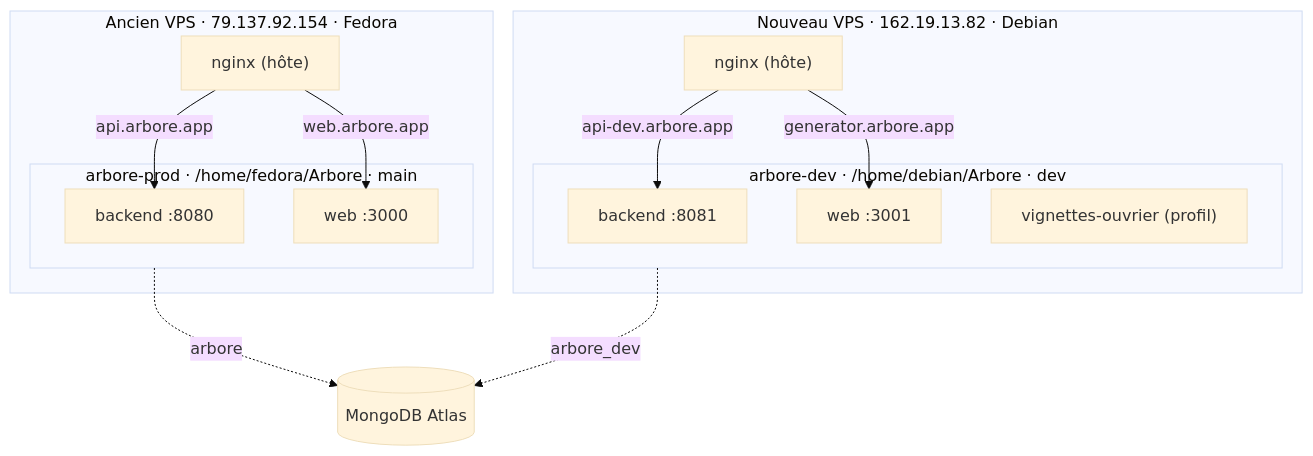
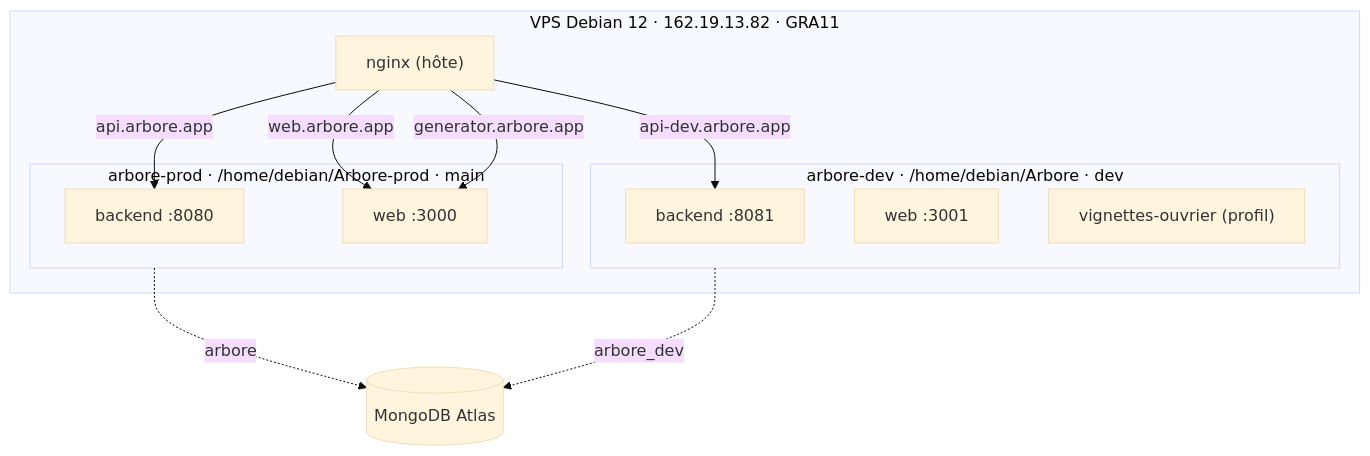
Before and after one commit to ArboreTeam/Arbore: the fourth of 5 diagrams in docs/fr/architecture/05-infrastructure.md, drawn with Mermaid (base theme). The commit also changed other lines of this file and 6 other files, not shown here.

````diff
--- a/docs/fr/architecture/05-infrastructure.md
+++ b/docs/fr/architecture/05-infrastructure.md
@@ -159,24 +160,21 @@
 ```mermaid
 flowchart TB
-    subgraph ancien["Ancien VPS · 79.137.92.154 · Fedora"]
-        subgraph prod["arbore-prod · /home/fedora/Arbore · main"]
+    subgraph vps["VPS Debian 12 · 162.19.13.82 · GRA11"]
+        subgraph prod["arbore-prod · /home/debian/Arbore-prod · main"]
             p1["backend :8080"]
             p2["web :3000"]
         end
-        nginxA["nginx (hôte)"]
-    end
-    subgraph neuf["Nouveau VPS · 162.19.13.82 · Debian"]
         subgraph devenv["arbore-dev · /home/debian/Arbore · dev"]
             d1["backend :8081"]
             d2["web :3001"]
             d3["vignettes-ouvrier (profil)"]
         end
-        nginxB["nginx (hôte)"]
+        nginx["nginx (hôte)"]
     end
-    nginxA -->|api.arbore.app| p1
-    nginxA -->|web.arbore.app| p2
-    nginxB -->|api-dev.arbore.app| d1
-    nginxB -->|generator.arbore.app| d2
+    nginx -->|api.arbore.app| p1
+    nginx -->|web.arbore.app| p2
+    nginx -->|generator.arbore.app| p2
+    nginx -->|api-dev.arbore.app| d1
     prod -.->|arbore| mongo[("MongoDB Atlas")]
     devenv -.->|arbore_dev| mongo
 ```
````
